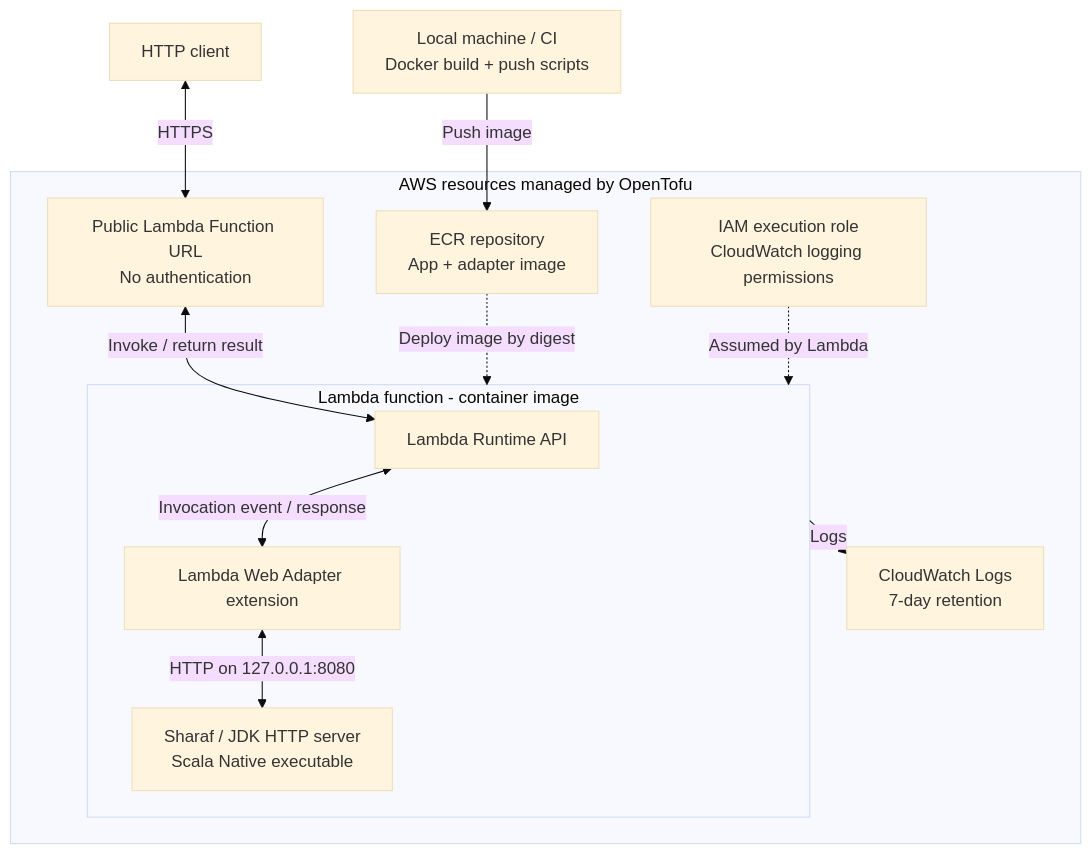
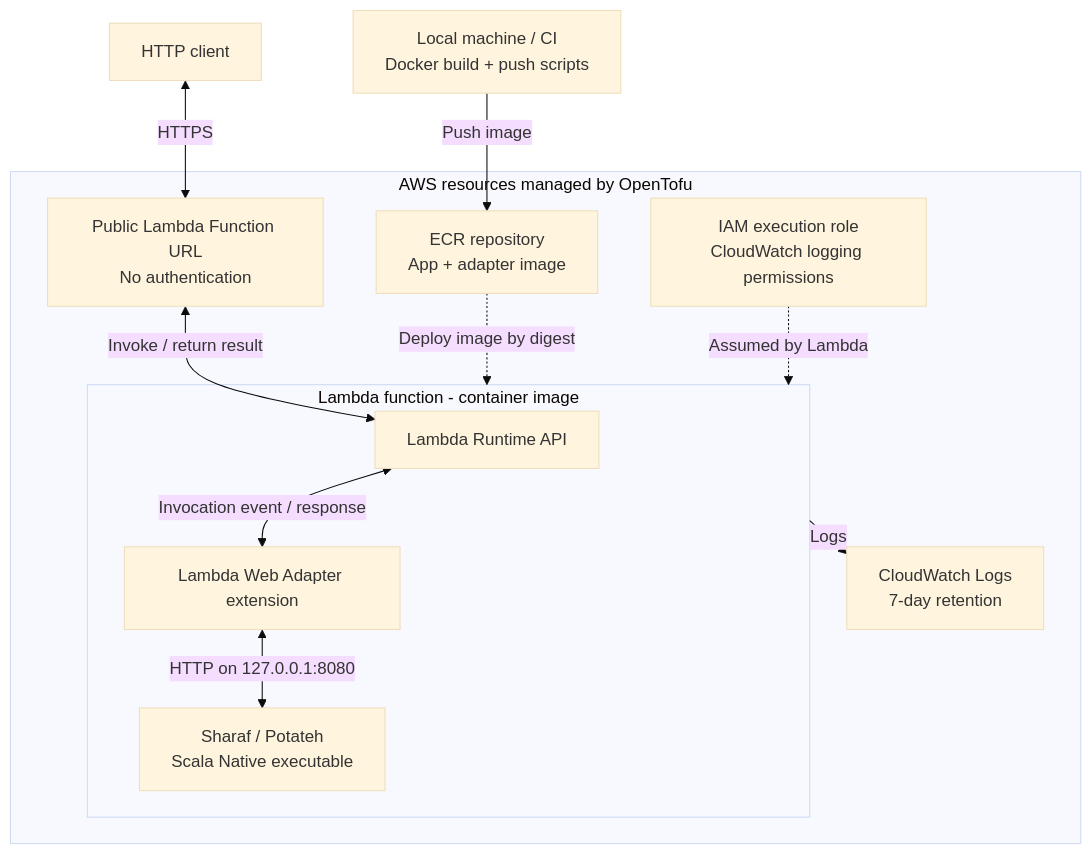
The diagram in README.md (sake92/sharaf-aws-lambda-starter), drawn with Mermaid (base theme) before and after one commit. The commit also changed other lines of this file and 3 other files, not shown here.

Commit message:
Update Sharaf and use Potateh adapter

````diff
--- a/README.md
+++ b/README.md
@@ -13,28 +13,28 @@
 ```mermaid
 flowchart TB
     build["Local machine / CI<br/>Docker build + push scripts"]
     client[HTTP client]
 
     subgraph aws["AWS resources managed by OpenTofu"]
         ecr["ECR repository<br/>App + adapter image"]
         url["Public Lambda Function URL<br/>No authentication"]
         role["IAM execution role<br/>CloudWatch logging permissions"]
         logs["CloudWatch Logs<br/>7-day retention"]
 
         subgraph fn["Lambda function - container image"]
             runtime[Lambda Runtime API]
             adapter[Lambda Web Adapter extension]
-            app["Sharaf / JDK HTTP server<br/>Scala Native executable"]
+            app["Sharaf / Potateh<br/>Scala Native executable"]
             runtime <-->|Invocation event / response| adapter
             adapter <-->|HTTP on 127.0.0.1:8080| app
         end
 
         url <-->|Invoke / return result| runtime
         ecr -.->|Deploy image by digest| fn
         role -.->|Assumed by Lambda| fn
         fn -->|Logs| logs
     end
 
     build -->|Push image| ecr
     client <-->|HTTPS| url
 ```
````
